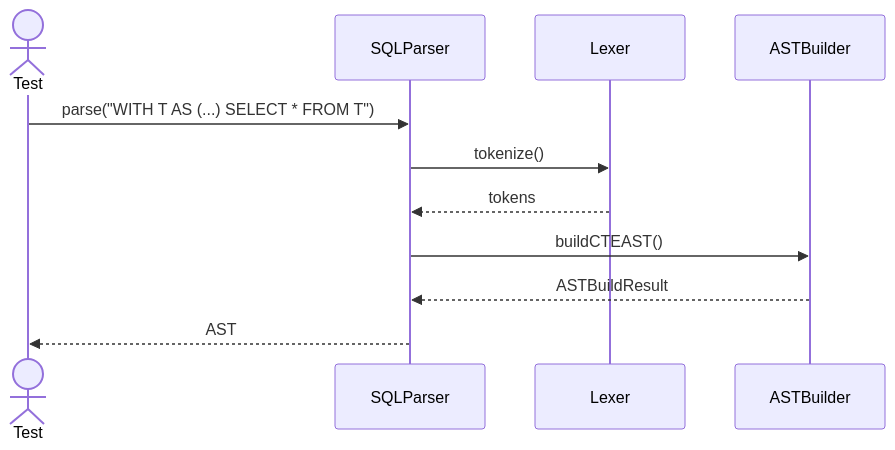
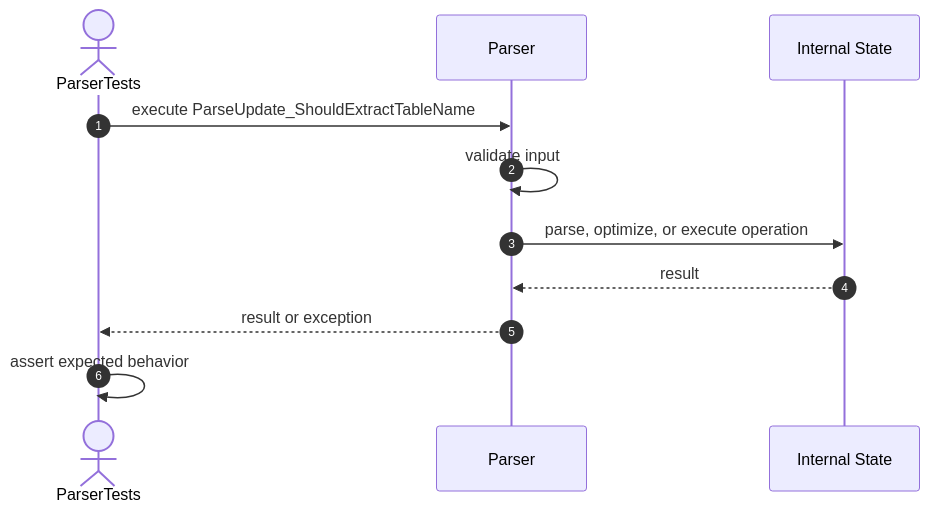
Diagram 15 of 22 in src/tests/unit/query/sequences/sql-parser-testing.se.md (FhuAnn/-bbv-AN-s-DBMS), drawn with Mermaid before and after one commit. The commit also changed other lines of this file and 36 other files, not shown here.

````diff
--- a/src/tests/unit/query/sequences/sql-parser-testing.se.md
+++ b/src/tests/unit/query/sequences/sql-parser-testing.se.md
@@ -270,14 +247,14 @@
 ```mermaid
 sequenceDiagram
-actor Test
-participant SQLParser
-participant Lexer
-participant ASTBuilder
+    autonumber
+    actor Test as ParserTests
+    participant Target as Parser
+    participant Internal as Internal State
 
-Test->>SQLParser: parse("WITH T AS (...) SELECT * FROM T")
-SQLParser->>Lexer: tokenize()
-Lexer-->>SQLParser: tokens
-SQLParser->>ASTBuilder: buildCTEAST()
-ASTBuilder-->>SQLParser: ASTBuildResult
-SQLParser-->>Test: AST
+    Test->>Target: execute ParseUpdate_ShouldExtractTableName
+    Target->>Target: validate input
+    Target->>Internal: parse, optimize, or execute operation
+    Internal-->>Target: result
+    Target-->>Test: result or exception
+    Test->>Test: assert expected behavior
 ```
````
